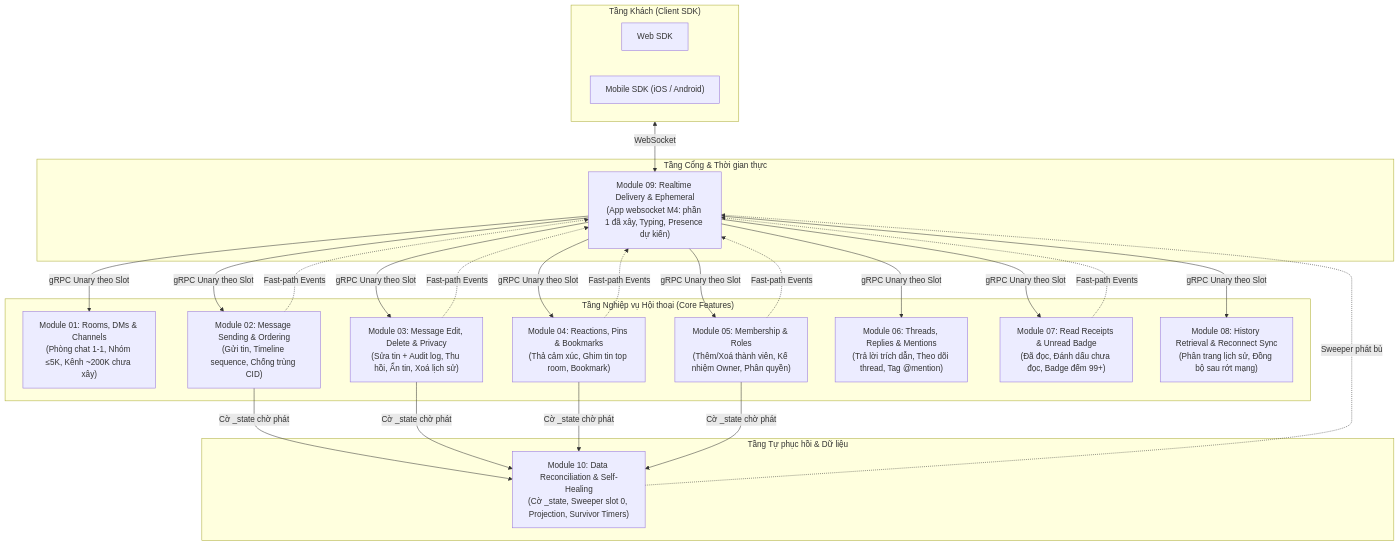
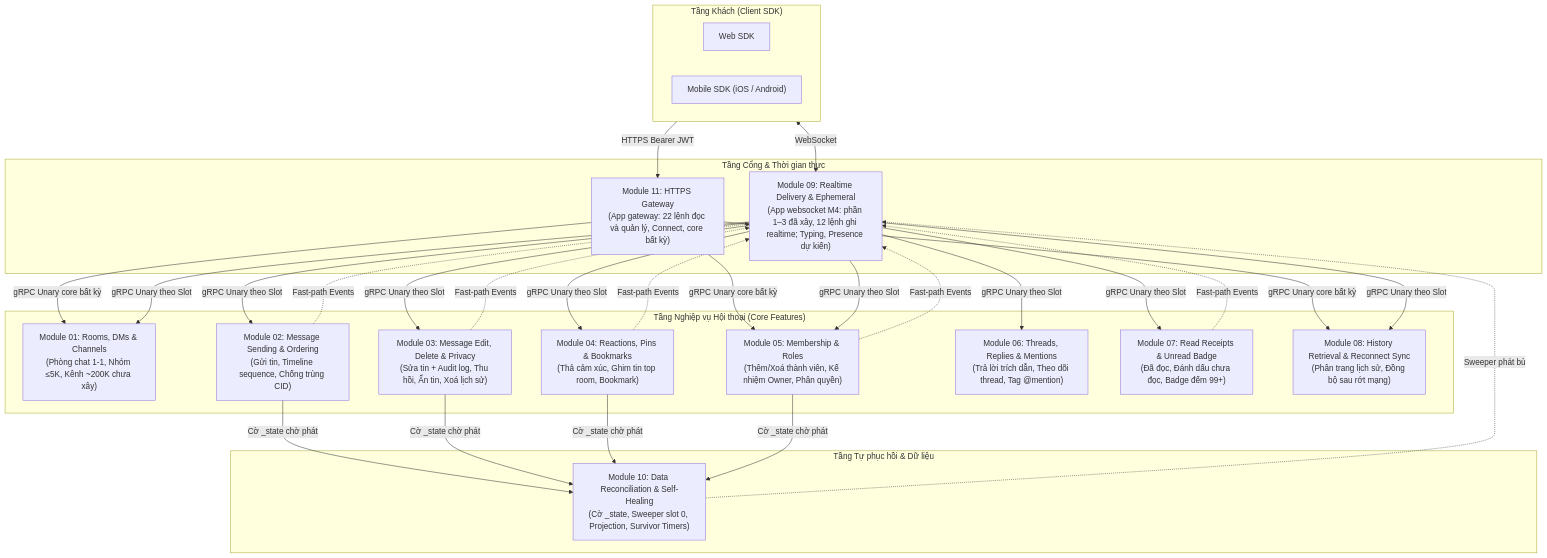
Before and after one commit to ivannguyendev/chatim: the first of 2 diagrams in docs/modules/README.md, drawn with Mermaid. The commit also changed other lines of this file and 9 other files, not shown here.

First line of the commit message:
docs: record the HTTPS gateway

````diff
--- a/docs/modules/README.md
+++ b/docs/modules/README.md
@@ -13,48 +13,53 @@
 ```mermaid
 flowchart TD
     subgraph Client["Tầng Khách (Client SDK)"]
         Web["Web SDK"]
         Mobile["Mobile SDK (iOS / Android)"]
     end
 
     subgraph Entry["Tầng Cổng & Thời gian thực"]
-        M09["Module 09: Realtime Delivery & Ephemeral<br/>(App websocket M4: phần 1 đã xây, Typing, Presence dự kiến)"]
+        M09["Module 09: Realtime Delivery & Ephemeral<br/>(App websocket M4: phần 1–3 đã xây, 12 lệnh ghi realtime; Typing, Presence dự kiến)"]
+        M11["Module 11: HTTPS Gateway<br/>(App gateway: 22 lệnh đọc và quản lý, Connect, core bất kỳ)"]
     end
 
     subgraph CoreFeatures["Tầng Nghiệp vụ Hội thoại (Core Features)"]
         M01["Module 01: Rooms, DMs & Channels<br/>(Phòng chat 1-1, Nhóm ≤5K, Kênh ~200K chưa xây)"]
         M02["Module 02: Message Sending & Ordering<br/>(Gửi tin, Timeline sequence, Chống trùng CID)"]
         M03["Module 03: Message Edit, Delete & Privacy<br/>(Sửa tin + Audit log, Thu hồi, Ẩn tin, Xoá lịch sử)"]
         M04["Module 04: Reactions, Pins & Bookmarks<br/>(Thả cảm xúc, Ghim tin top room, Bookmark)"]
         M05["Module 05: Membership & Roles<br/>(Thêm/Xoá thành viên, Kế nhiệm Owner, Phân quyền)"]
         M06["Module 06: Threads, Replies & Mentions<br/>(Trả lời trích dẫn, Theo dõi thread, Tag @mention)"]
         M07["Module 07: Read Receipts & Unread Badge<br/>(Đã đọc, Đánh dấu chưa đọc, Badge đếm 99+)"]
         M08["Module 08: History Retrieval & Reconnect Sync<br/>(Phân trang lịch sử, Đồng bộ sau rớt mạng)"]
     end
 
     subgraph Resilience["Tầng Tự phục hồi & Dữ liệu"]
         M10["Module 10: Data Reconciliation & Self-Healing<br/>(Cờ _state, Sweeper slot 0, Projection, Survivor Timers)"]
     end
 
     Client <-->|WebSocket| M09
+    Client -->|HTTPS Bearer JWT| M11
+    M11 -->|gRPC Unary core bất kỳ| M01
+    M11 -->|gRPC Unary core bất kỳ| M05
+    M11 -->|gRPC Unary core bất kỳ| M08
     M09 -->|gRPC Unary theo Slot| M01
     M09 -->|gRPC Unary theo Slot| M02
     M09 -->|gRPC Unary theo Slot| M03
     M09 -->|gRPC Unary theo Slot| M04
     M09 -->|gRPC Unary theo Slot| M05
     M09 -->|gRPC Unary theo Slot| M06
     M09 -->|gRPC Unary theo Slot| M07
     M09 -->|gRPC Unary theo Slot| M08
 
     M02 -.->|Fast-path Events| M09
     M03 -.->|Fast-path Events| M09
     M04 -.->|Fast-path Events| M09
     M05 -.->|Fast-path Events| M09
     M07 -.->|Fast-path Events| M09
 
     M02 -->|Cờ _state chờ phát| M10
     M03 -->|Cờ _state chờ phát| M10
     M04 -->|Cờ _state chờ phát| M10
     M05 -->|Cờ _state chờ phát| M10
     M10 -.->|Sweeper phát bù| M09
 ```
````
